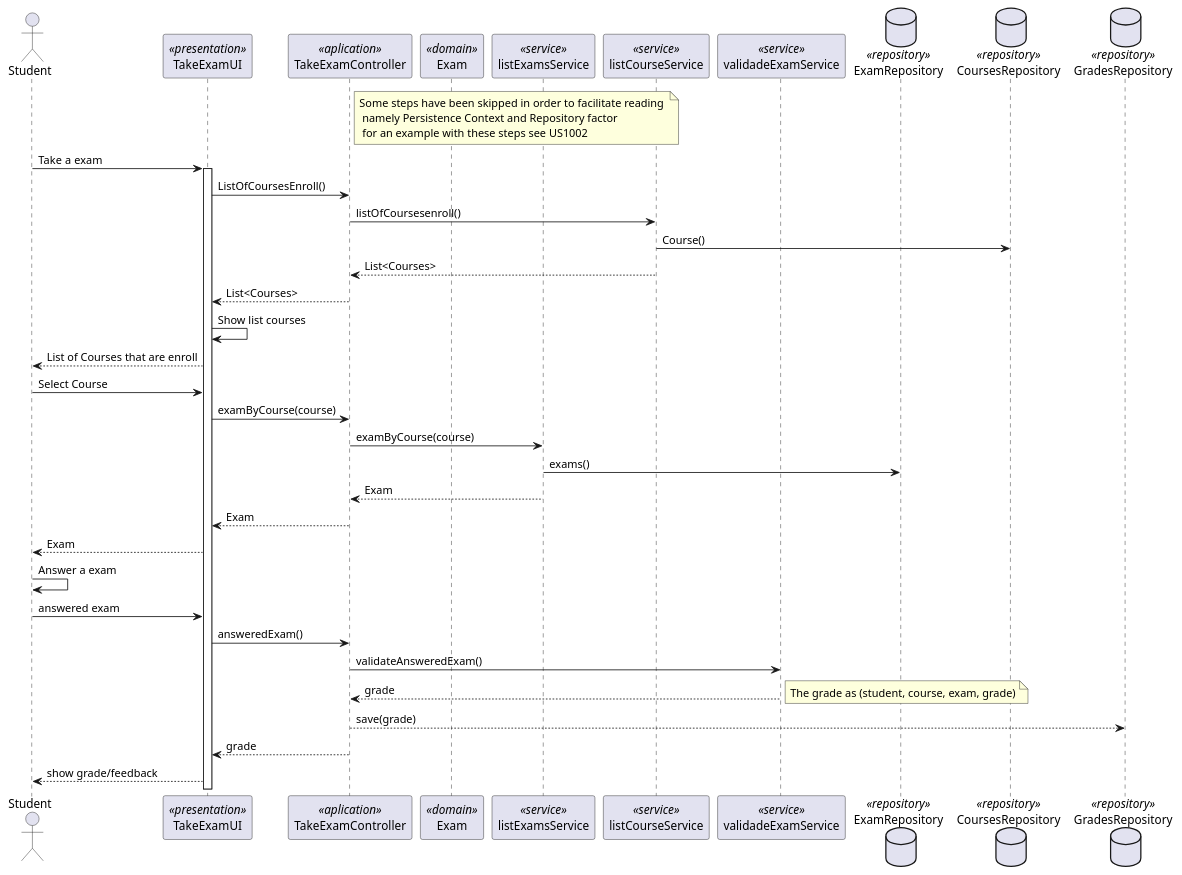
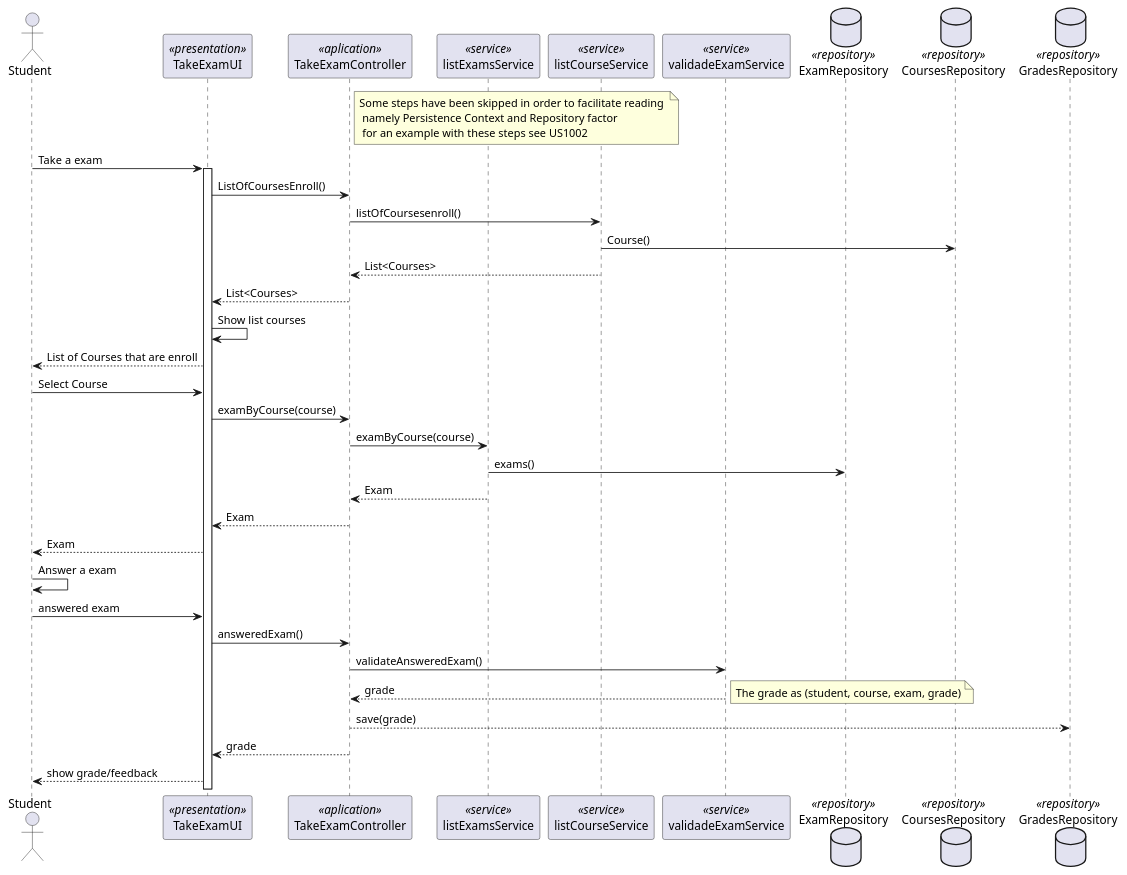
The diagram in docs/SPRINT C/US2004 - Take a exam/SD-2004.puml (mascenso/isep-sem4-lapr4), drawn with PlantUML before and after one commit. The commit also changed 2 other files, not shown here.

```diff
--- a/docs/SPRINT C/US2004 - Take a exam/SD-2004.puml
+++ b/docs/SPRINT C/US2004 - Take a exam/SD-2004.puml
@@ -1,41 +1,40 @@
 @startuml
 actor Student as Actor
 participant TakeExamUI as UI <<presentation>>
 participant TakeExamController as Controller <<aplication>>
-participant Exam as Domain <<domain>>
 participant listExamsService as Service1 <<service>>
 participant listCourseService as Service2 <<service>>
 participant validadeExamService as Service3 <<service>>
 database ExamRepository as Repository1 <<repository>>
 database CoursesRepository as Repository2 <<repository>>
 database GradesRepository as Repository3 <<repository>>
 
 note right of Controller:Some steps have been skipped in order to facilitate reading \n namely Persistence Context and Repository factor \n for an example with these steps see US1002
 Actor -> UI: Take a exam
 activate UI
     UI -> Controller: ListOfCoursesEnroll()
     Controller -> Service2: listOfCoursesenroll()
     Service2 -> Repository2: Course()
     Service2 --> Controller: List<Courses>
     Controller --> UI: List<Courses>
     UI->UI: Show list courses
     UI --> Actor: List of Courses that are enroll
     Actor -> UI: Select Course
     UI -> Controller: examByCourse(course)
     Controller -> Service1: examByCourse(course)
     Service1 -> Repository1: exams()
     Service1 --> Controller: Exam
     Controller --> UI: Exam
     UI --> Actor: Exam
     Actor -> Actor: Answer a exam
     Actor -> UI: answered exam
     UI -> Controller: answeredExam()
     Controller -> Service3: validateAnsweredExam()
     Service3 --> Controller: grade
     note right : The grade as (student, course, exam, grade)
     Controller --> Repository3: save(grade)
     Controller --> UI: grade
     UI -->Actor : show grade/feedback
 
 
 @enduml
```
